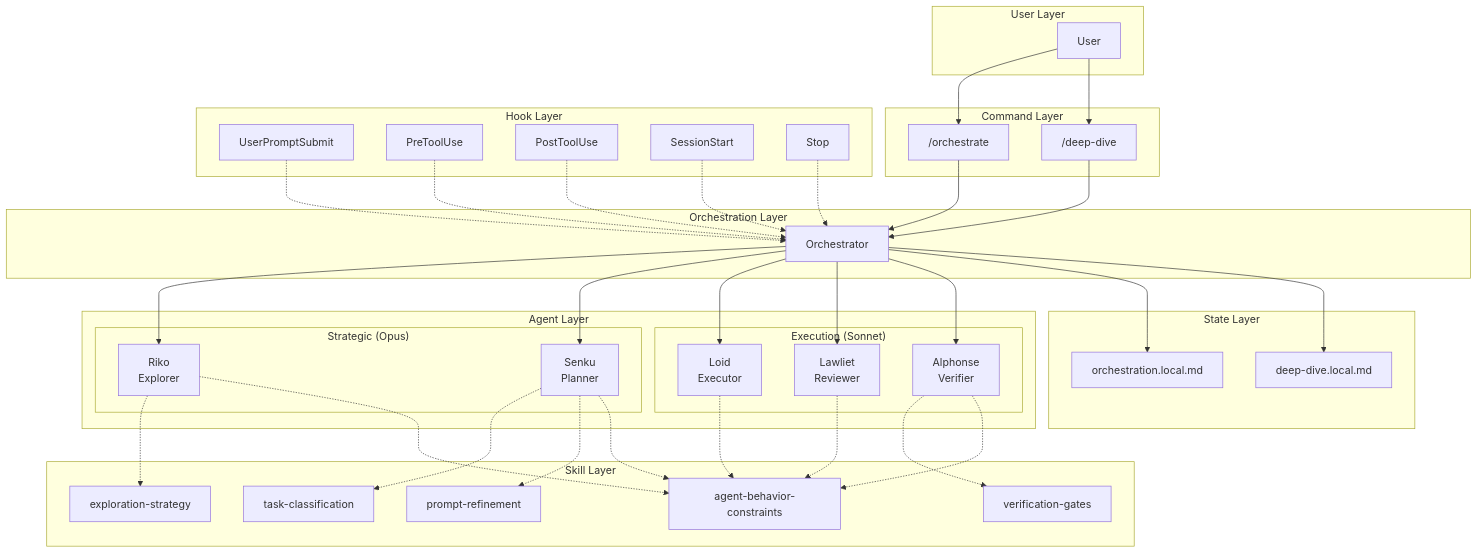
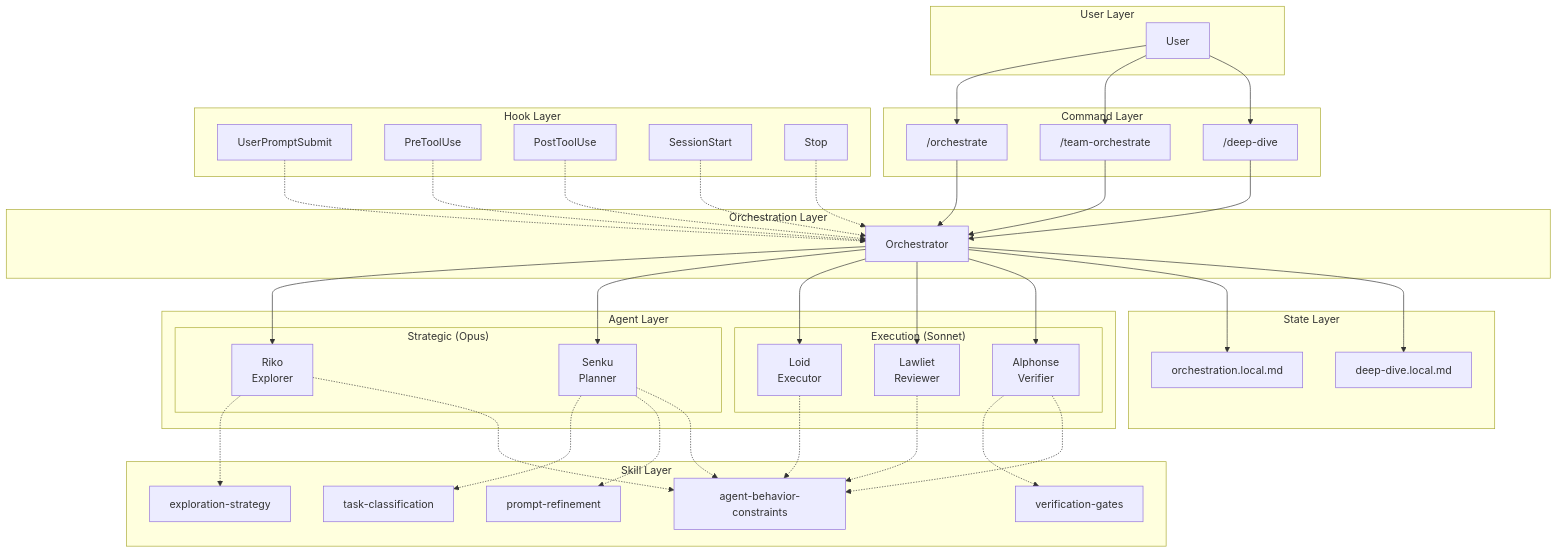
Before and after one commit to josix/agent-flow: the first of 2 diagrams in docs/architecture/overview.md, drawn with Mermaid. The commit also changed other lines of this file and 8 other files, not shown here.

````diff
--- a/docs/architecture/overview.md
+++ b/docs/architecture/overview.md
@@ -15,58 +15,59 @@
 ```mermaid
 flowchart TB
     subgraph User["User Layer"]
         U[User]
     end
 
     subgraph Commands["Command Layer"]
         O["/orchestrate"]
+        TO["/team-orchestrate"]
         D["/deep-dive"]
     end
 
     subgraph Orchestration["Orchestration Layer"]
         ORC[Orchestrator]
     end
 
     subgraph Agents["Agent Layer"]
         subgraph Strategic["Strategic (Opus)"]
             R[Riko<br/>Explorer]
             S[Senku<br/>Planner]
         end
         subgraph Execution["Execution (Sonnet)"]
             L[Loid<br/>Executor]
             LW[Lawliet<br/>Reviewer]
             A[Alphonse<br/>Verifier]
         end
     end
 
     subgraph Skills["Skill Layer"]
         ES[exploration-strategy]
         TC[task-classification]
         PR[prompt-refinement]
         VG[verification-gates]
         ABC[agent-behavior-constraints]
     end
 
     subgraph Hooks["Hook Layer"]
         H1[UserPromptSubmit]
         H2[PreToolUse]
         H3[PostToolUse]
         H4[SessionStart]
         H5[Stop]
     end
 
     subgraph State["State Layer"]
         OS[orchestration.local.md]
         DS[deep-dive.local.md]
     end
 
-    U --> O & D
-    O & D --> ORC
+    U --> O & TO & D
+    O & TO & D --> ORC
     ORC --> R & S & L & LW & A
     R -.-> ES
     S -.-> TC & PR
     A -.-> VG
     R & S & L & LW & A -.-> ABC
     H1 & H2 & H3 & H4 & H5 -.-> ORC
     ORC --> OS & DS
 ```
````
